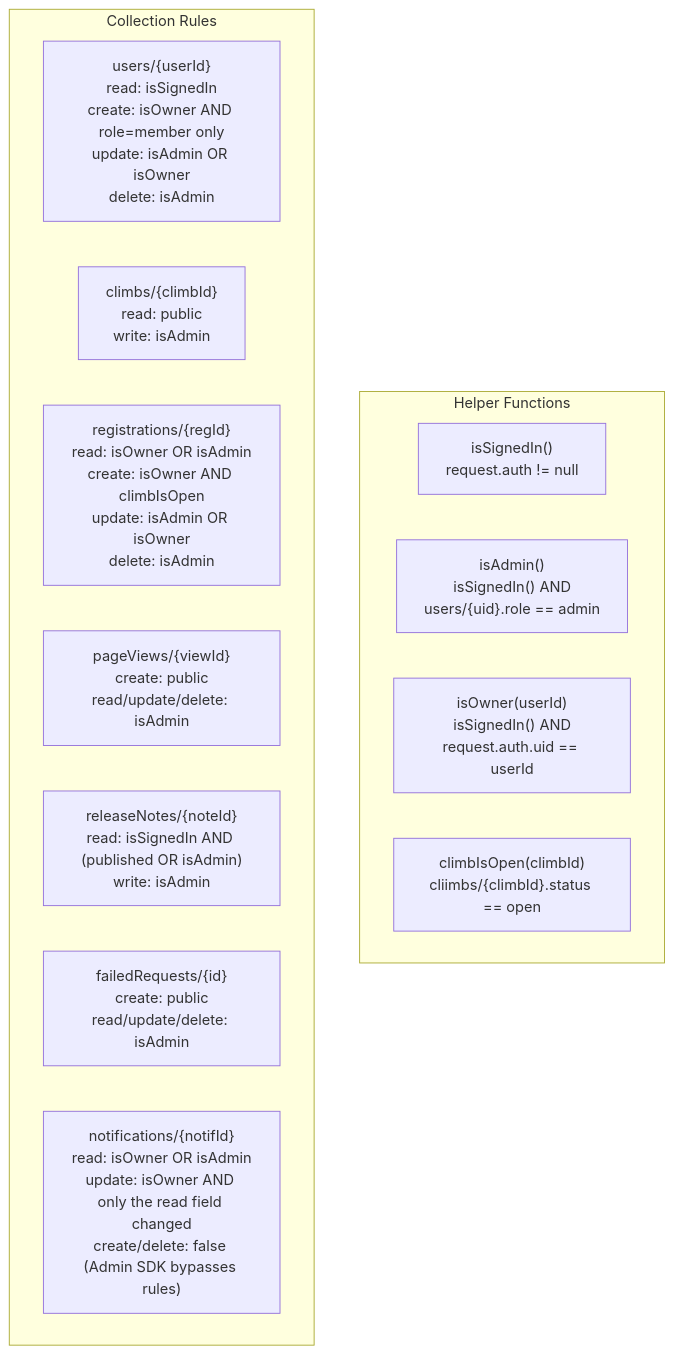
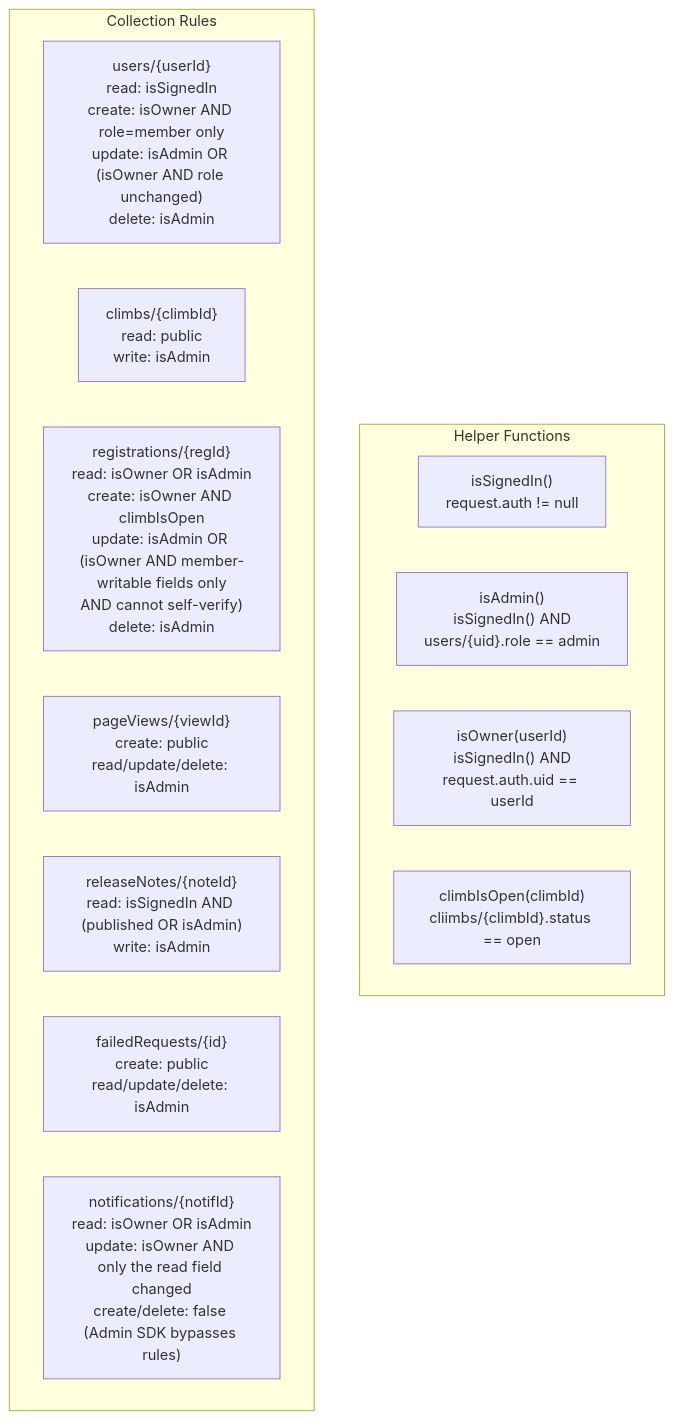
Before and after one commit to Oweeboi011/mms-open-climbs: the fourth of 7 diagrams in docs/wiki/SECURITY.md, drawn with Mermaid. The commit also changed other lines of this file and 1 other file, not shown here.

First line of the commit message:
fix(security): stop members self-promoting to admin or verifying own payments

````diff
--- a/docs/wiki/SECURITY.md
+++ b/docs/wiki/SECURITY.md
@@ -173,19 +173,19 @@
 ```mermaid
 flowchart TD
     subgraph Helper["Helper Functions"]
         H1["isSignedIn()\nrequest.auth != null"]
         H2["isAdmin()\nisSignedIn() AND\nusers/{uid}.role == admin"]
         H3["isOwner(userId)\nisSignedIn() AND\nrequest.auth.uid == userId"]
         H4["climbIsOpen(climbId)\ncliimbs/{climbId}.status == open"]
     end
 
     subgraph Collections["Collection Rules"]
-        C1["users/{userId}\nread: isSignedIn\ncreate: isOwner AND role=member only\nupdate: isAdmin OR isOwner\ndelete: isAdmin"]
+        C1["users/{userId}\nread: isSignedIn\ncreate: isOwner AND role=member only\nupdate: isAdmin OR (isOwner AND role unchanged)\ndelete: isAdmin"]
         C2["climbs/{climbId}\nread: public\nwrite: isAdmin"]
-        C3["registrations/{regId}\nread: isOwner OR isAdmin\ncreate: isOwner AND climbIsOpen\nupdate: isAdmin OR isOwner\ndelete: isAdmin"]
+        C3["registrations/{regId}\nread: isOwner OR isAdmin\ncreate: isOwner AND climbIsOpen\nupdate: isAdmin OR (isOwner AND member-writable fields only\nAND cannot self-verify)\ndelete: isAdmin"]
         C4["pageViews/{viewId}\ncreate: public\nread/update/delete: isAdmin"]
         C5["releaseNotes/{noteId}\nread: isSignedIn AND (published OR isAdmin)\nwrite: isAdmin"]
         C6["failedRequests/{id}\ncreate: public\nread/update/delete: isAdmin"]
         C7["notifications/{notifId}\nread: isOwner OR isAdmin\nupdate: isOwner AND only the read field changed\ncreate/delete: false (Admin SDK bypasses rules)"]
     end
 ```
````
